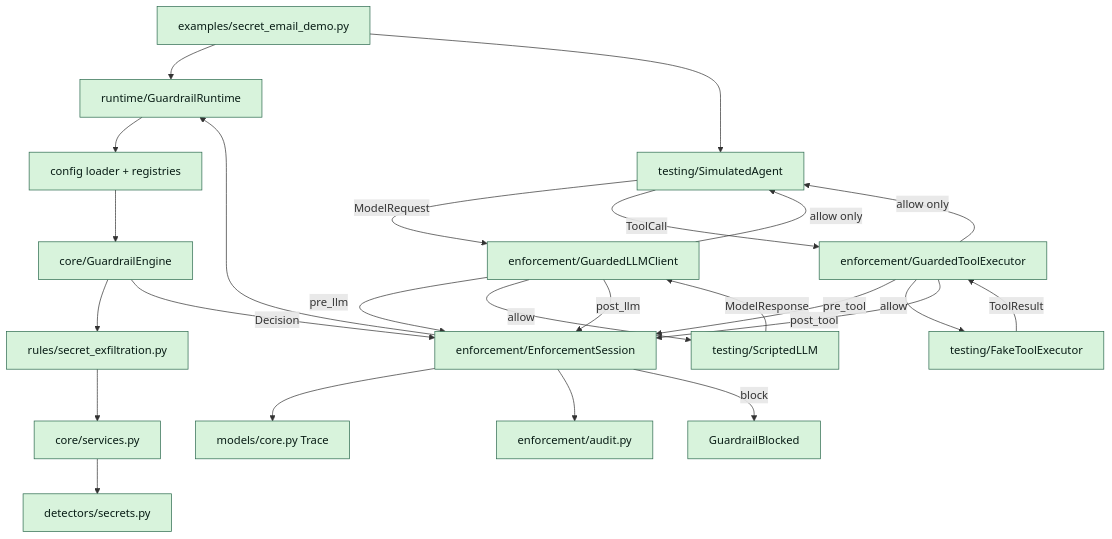
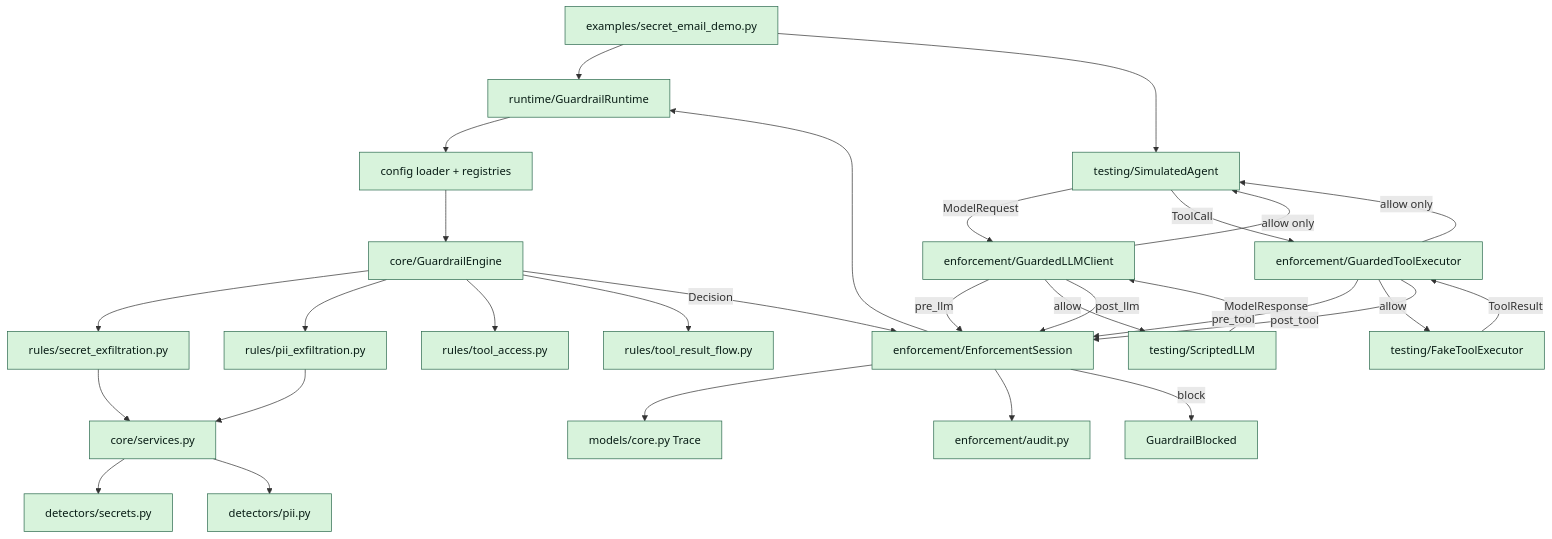
Before and after one commit to cipeizheng/agent-guardrail: the second of 2 diagrams in docs/code-reading-map.md, drawn with Mermaid. The commit also changed other lines of this file and 57 other files, not shown here.

Commit message:
feat: add event graph analysis and PII guardrails

````diff
--- a/docs/code-reading-map.md
+++ b/docs/code-reading-map.md
@@ -135,33 +135,38 @@
 ```mermaid
 flowchart TD
     Demo[examples/secret_email_demo.py] --> Runtime[runtime/GuardrailRuntime]
     Runtime --> Loader[config loader + registries]
     Loader --> Engine[core/GuardrailEngine]
 
     Demo --> Agent[testing/SimulatedAgent]
     Agent -->|ModelRequest| GuardedLLM[enforcement/GuardedLLMClient]
     GuardedLLM -->|pre_llm| Session[enforcement/EnforcementSession]
     Session --> Runtime
     GuardedLLM -->|allow| FakeLLM[testing/ScriptedLLM]
     FakeLLM -->|ModelResponse| GuardedLLM
     GuardedLLM -->|post_llm| Session
     GuardedLLM -->|allow only| Agent
 
     Agent -->|ToolCall| GuardedTools[enforcement/GuardedToolExecutor]
     GuardedTools -->|pre_tool| Session
     GuardedTools -->|allow| FakeTool[testing/FakeToolExecutor]
     FakeTool -->|ToolResult| GuardedTools
     GuardedTools -->|post_tool| Session
     GuardedTools -->|allow only| Agent
 
     Engine --> SecretRule[rules/secret_exfiltration.py]
+    Engine --> PIIRule[rules/pii_exfiltration.py]
+    Engine --> ToolAccessRule[rules/tool_access.py]
+    Engine --> ToolResultFlowRule[rules/tool_result_flow.py]
     SecretRule --> Services[core/services.py]
+    PIIRule --> Services
     Services --> SecretDetector[detectors/secrets.py]
+    Services --> PIIDetector[detectors/pii.py]
     Engine -->|Decision| Session
     Session --> Trace[models/core.py Trace]
     Session --> Audit[enforcement/audit.py]
     Session -->|block| Blocked[GuardrailBlocked]
 
     classDef done fill:#d8f3dc,stroke:#2d6a4f,color:#081c15
-    class Demo,Runtime,Loader,Engine,Agent,FakeLLM,GuardedLLM,GuardedTools,Session,SecretRule,Services,SecretDetector,FakeTool,Blocked,Trace,Audit done
+    class Demo,Runtime,Loader,Engine,Agent,FakeLLM,GuardedLLM,GuardedTools,Session,SecretRule,PIIRule,ToolAccessRule,ToolResultFlowRule,Services,SecretDetector,PIIDetector,FakeTool,Blocked,Trace,Audit done
 ```
````
